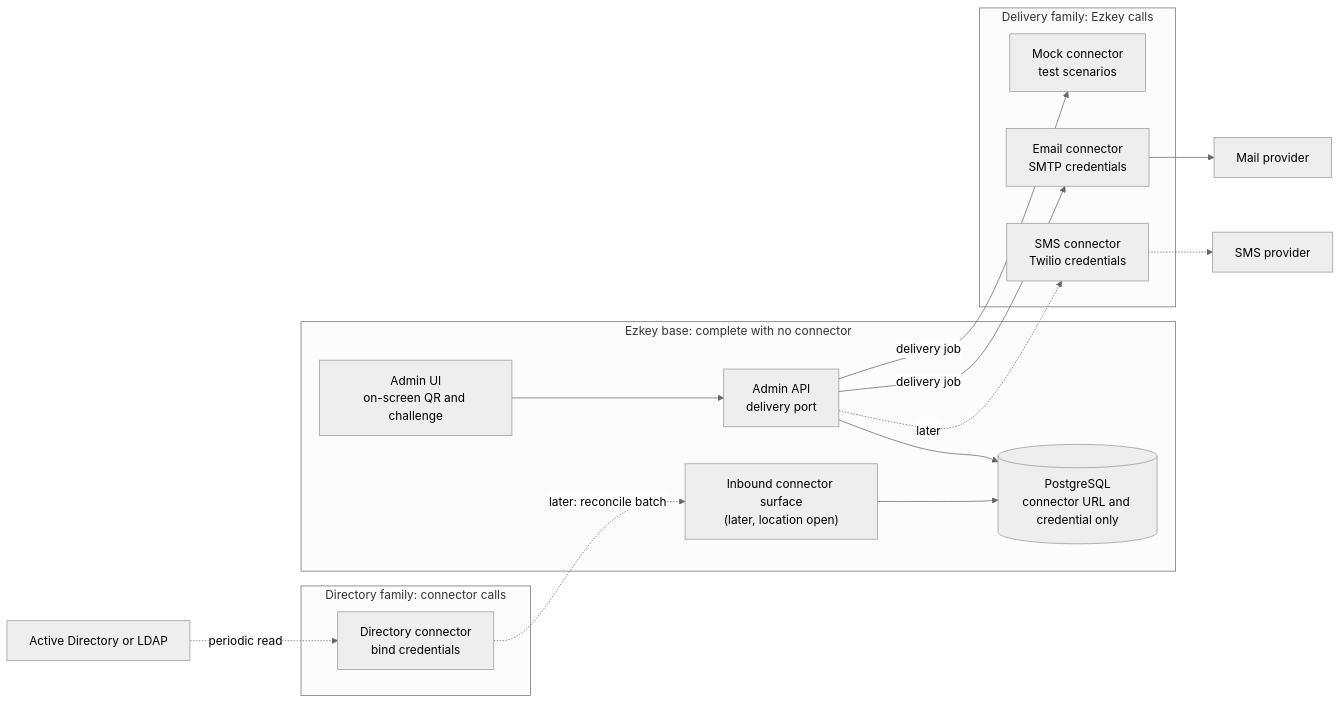
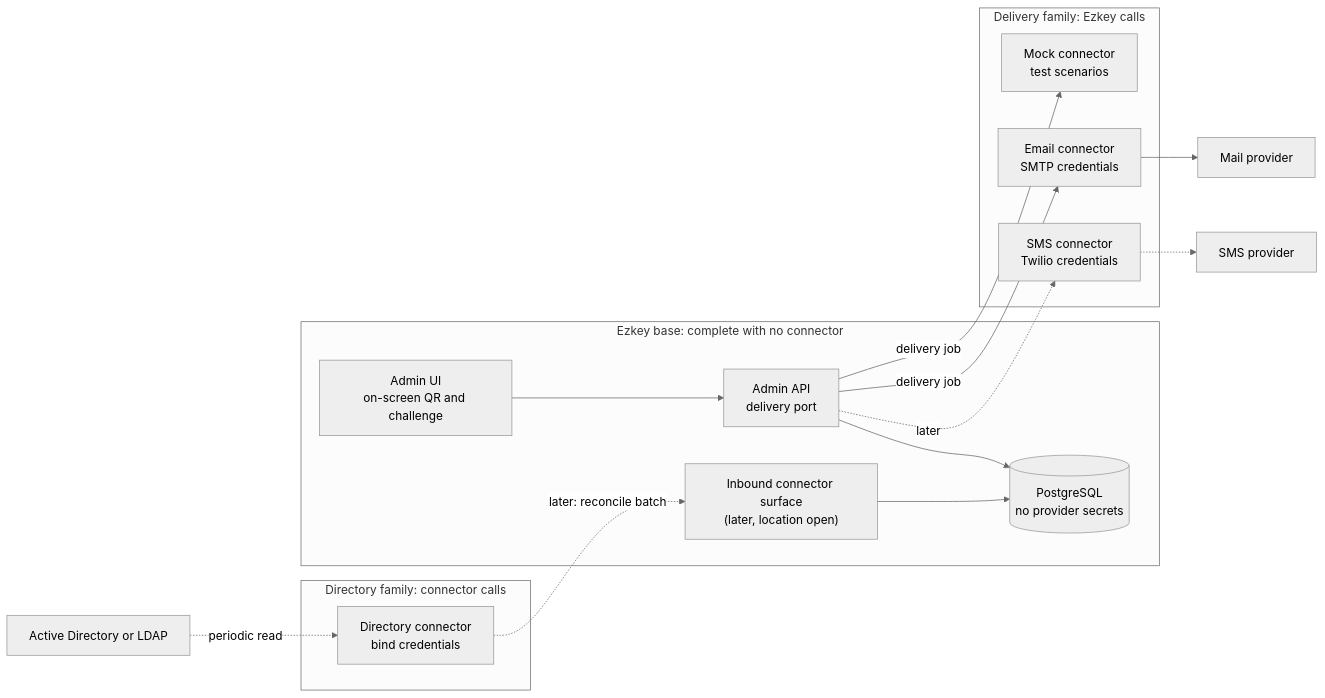
One commit to mgagp/ezkey changed the first of 4 diagrams in product-docs/global/decisions/2026-11-04-connector-spi/README.md. Above: the diagram before and after it, drawn with Mermaid (neutral theme). The commit also changed other lines of this file and 7 other files, not shown here.

````diff
--- a/product-docs/global/decisions/2026-11-04-connector-spi/README.md
+++ b/product-docs/global/decisions/2026-11-04-connector-spi/README.md
@@ -30,30 +30,30 @@
 ```mermaid
 flowchart LR
   subgraph base["Ezkey base: complete with no connector"]
     UI["Admin UI<br/>on-screen QR and challenge"]
     ADM["Admin API<br/>delivery port"]
     INB["Inbound connector surface<br/>(later, location open)"]
-    DB[("PostgreSQL<br/>connector URL and credential only")]
+    DB[("PostgreSQL<br/>no provider secrets")]
     UI --> ADM
     ADM --> DB
     INB --> DB
   end
 
   subgraph delivery["Delivery family: Ezkey calls"]
     MOCK["Mock connector<br/>test scenarios"]
     SMTP["Email connector<br/>SMTP credentials"]
     TW["SMS connector<br/>Twilio credentials"]
   end
 
   subgraph directory["Directory family: connector calls"]
     AD["Directory connector<br/>bind credentials"]
   end
 
   ADM -- "delivery job" --> MOCK
   ADM -- "delivery job" --> SMTP
   ADM -. "later" .-> TW
   SMTP --> MAIL["Mail provider"]
   TW -.-> SMSP["SMS provider"]
   AD -. "later: reconcile batch" .-> INB
   CORP["Active Directory or LDAP"] -. "periodic read" .-> AD
 ```
````
